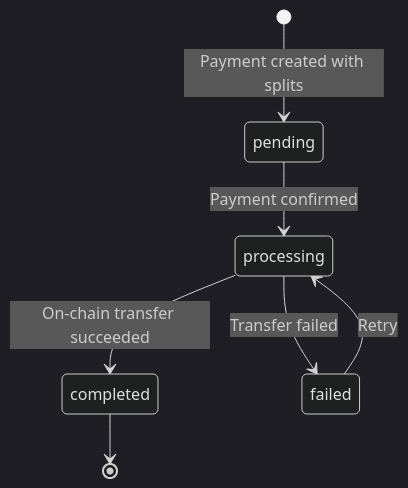
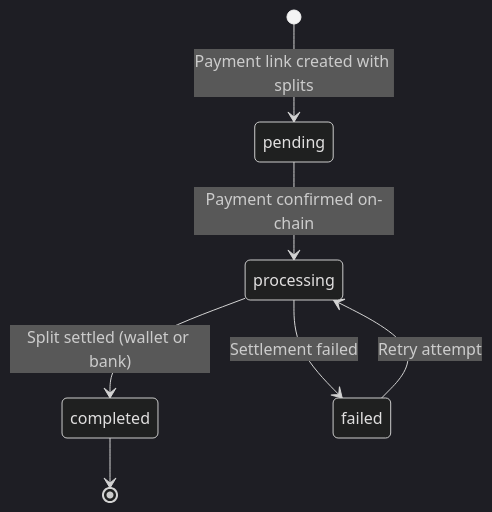
One commit to zendfi/mintlify-docs changed the diagram in api-reference/splits.mdx. Above: the diagram before and after it, drawn with Mermaid (dark theme). The commit also changed other lines of this file and 2 other files, not shown here.

````diff
--- a/api-reference/splits.mdx
+++ b/api-reference/splits.mdx
@@ -166,9 +307,9 @@
 ```mermaid
 stateDiagram-v2
-    [*] --> pending: Payment created with splits
-    pending --> processing: Payment confirmed
-    processing --> completed: On-chain transfer succeeded
-    processing --> failed: Transfer failed
-    failed --> processing: Retry
+    [*] --> pending: Payment link created with splits
+    pending --> processing: Payment confirmed on-chain
+    processing --> completed: Split settled (wallet or bank)
+    processing --> failed: Settlement failed
+    failed --> processing: Retry attempt
     completed --> [*]
 ```
````
